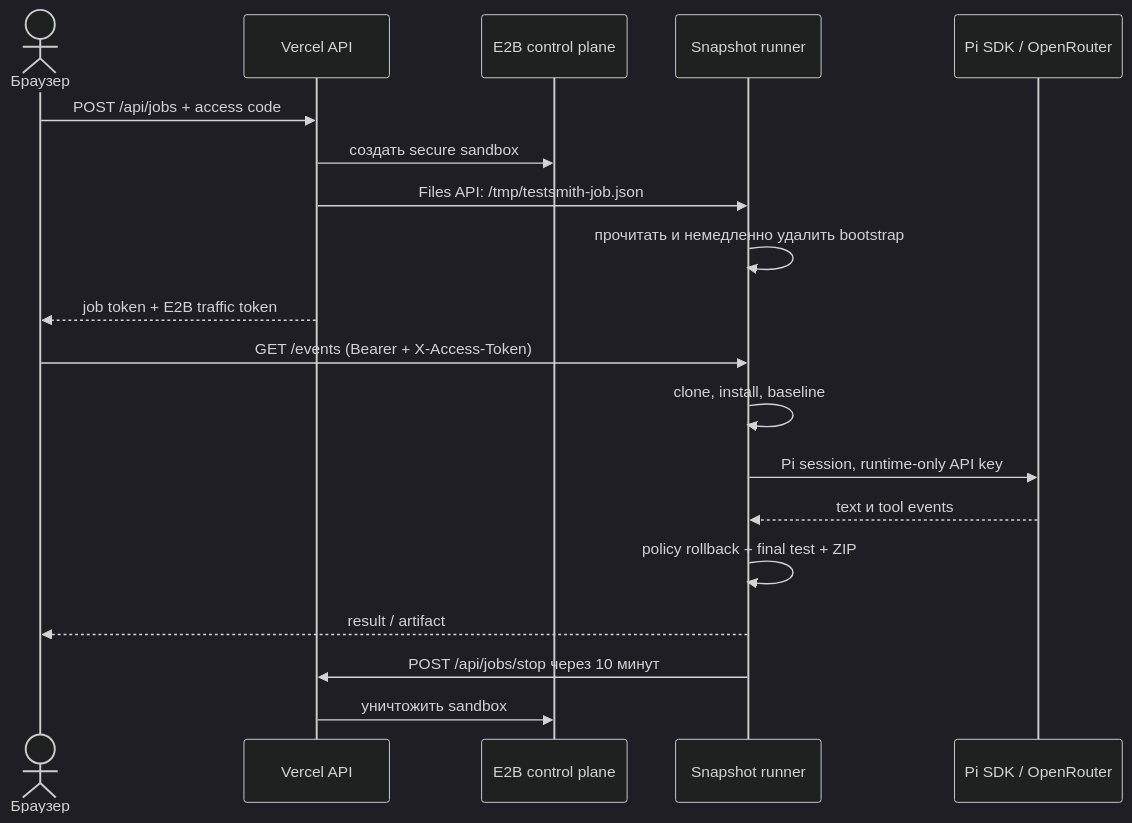
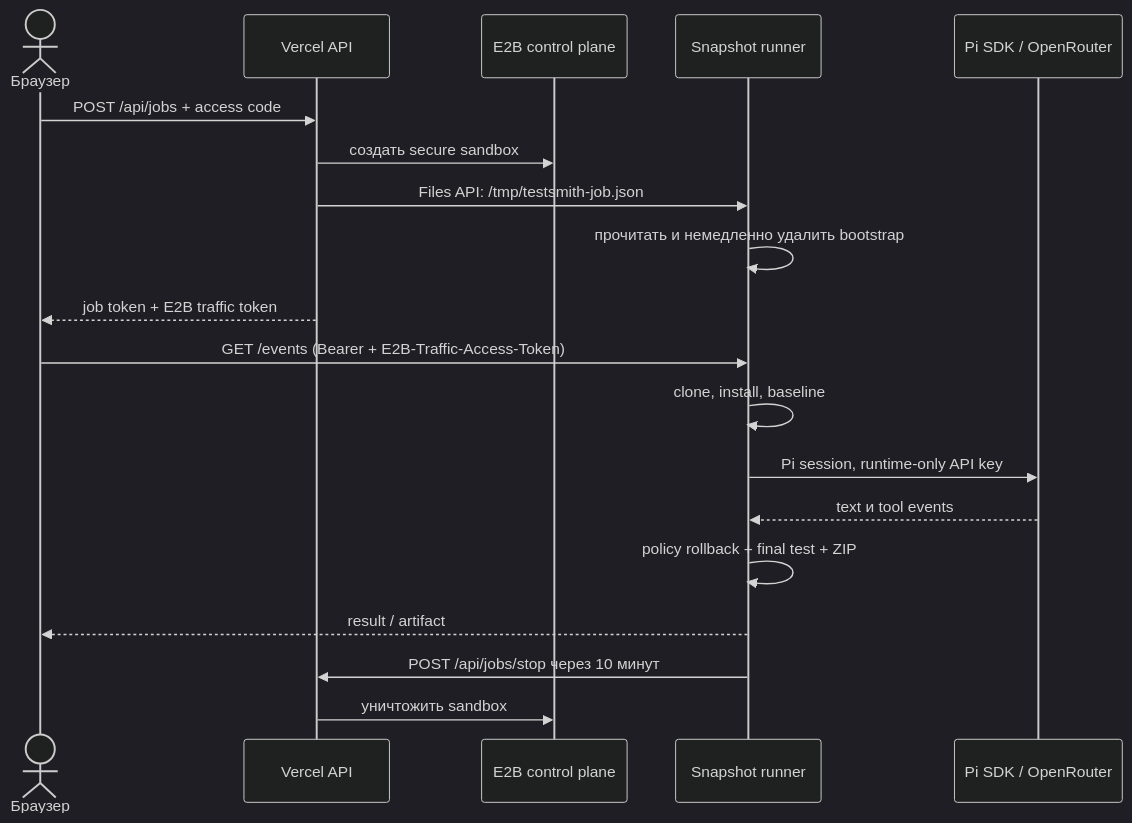
Before and after one commit to Bol970/testsmith: the diagram in README.md, drawn with Mermaid (dark theme). The commit also changed other lines of this file and 11 other files, not shown here.

````diff
--- a/README.md
+++ b/README.md
@@ -27,22 +27,22 @@
 ```mermaid
 sequenceDiagram
   actor User as Браузер
   participant V as Vercel API
   participant E as E2B control plane
   participant R as Snapshot runner
   participant P as Pi SDK / OpenRouter
 
   User->>V: POST /api/jobs + access code
   V->>E: создать secure sandbox
   V->>R: Files API: /tmp/testsmith-job.json
   R->>R: прочитать и немедленно удалить bootstrap
   V-->>User: job token + E2B traffic token
-  User->>R: GET /events (Bearer + X-Access-Token)
+  User->>R: GET /events (Bearer + E2B-Traffic-Access-Token)
   R->>R: clone, install, baseline
   R->>P: Pi session, runtime-only API key
   P-->>R: text и tool events
   R->>R: policy rollback + final test + ZIP
   R-->>User: result / artifact
   R->>V: POST /api/jobs/stop через 10 минут
   V->>E: уничтожить sandbox
 ```
````
